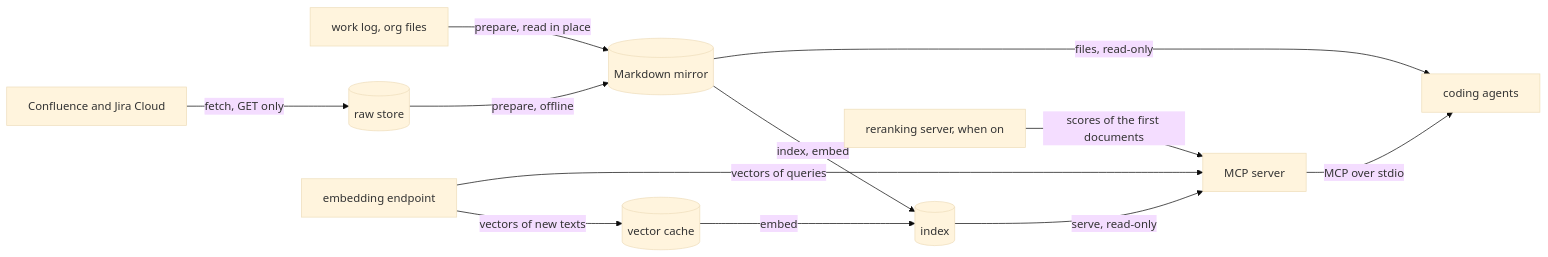
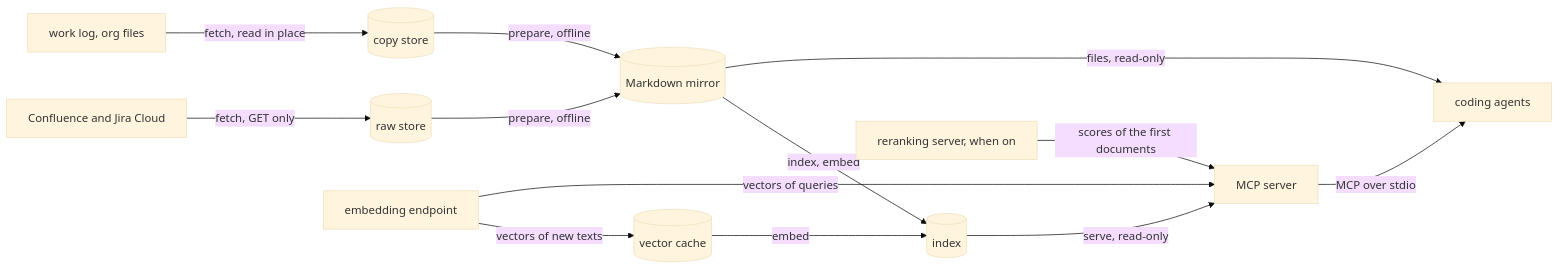
Before and after one commit to piotr-yuxuan/kb-mcp: the diagram in docs/explanation/internals.md, drawn with Mermaid (base theme). The commit also changed other lines of this file and 16 other files, not shown here.

First line of the commit message:
Prepare the work log from its copy store

````diff
--- a/docs/explanation/internals.md
+++ b/docs/explanation/internals.md
@@ -15,24 +15,26 @@
 ```mermaid
 flowchart LR
     site["Confluence and Jira Cloud"]
     worklog["work log, org files"]
     raw[("raw store")]
+    copies[("copy store")]
     docs[("Markdown mirror")]
     vectors[("vector cache")]
     index[("index")]
     endpoint["embedding endpoint"]
     reranker["reranking server, when on"]
     server["MCP server"]
     agents["coding agents"]
     site -- "fetch, GET only" --> raw
     raw -- "prepare, offline" --> docs
-    worklog -- "prepare, read in place" --> docs
+    worklog -- "fetch, read in place" --> copies
+    copies -- "prepare, offline" --> docs
     docs -- "index, embed" --> index
     endpoint -- "vectors of new texts" --> vectors
     vectors -- "embed" --> index
     index -- "serve, read-only" --> server
     endpoint -- "vectors of queries" --> server
     reranker -- "scores of the first documents" --> server
     server -- "MCP over stdio" --> agents
     docs -- "files, read-only" --> agents
 ```
````
